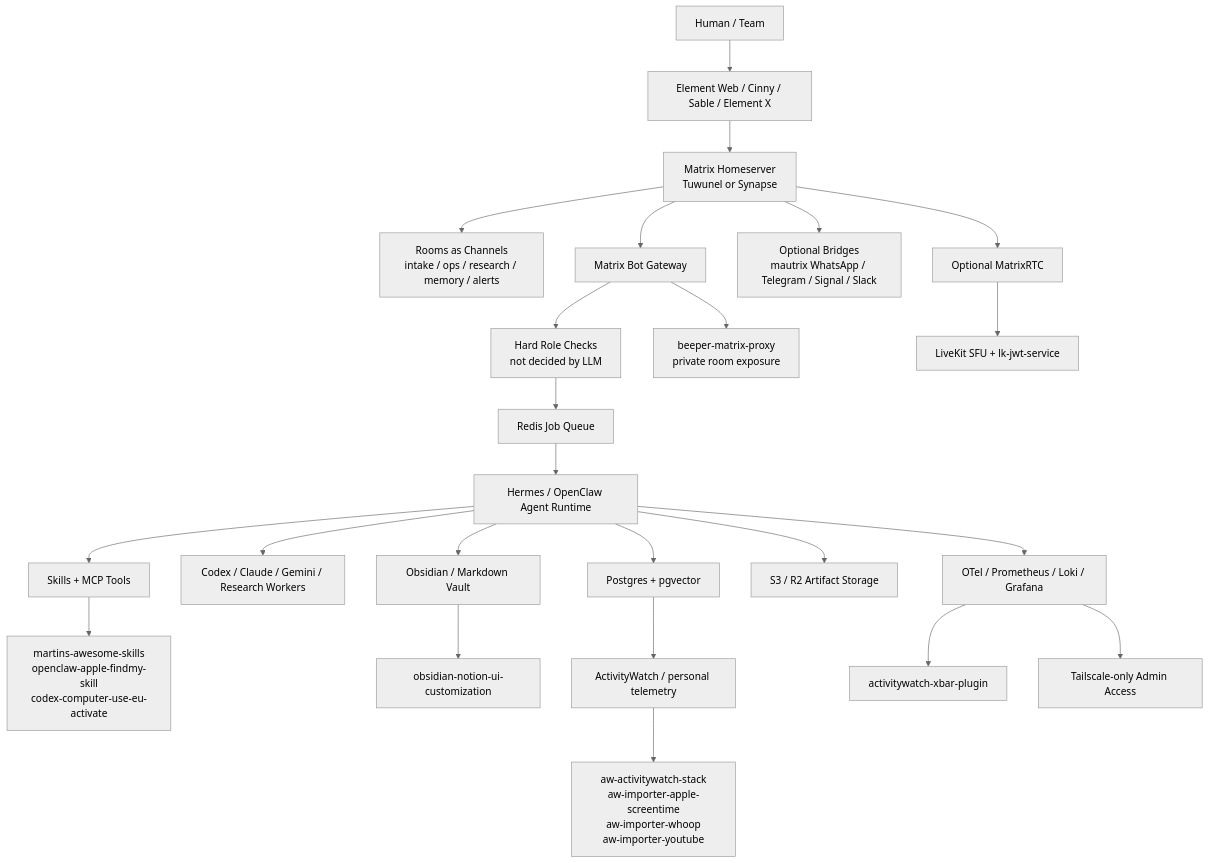
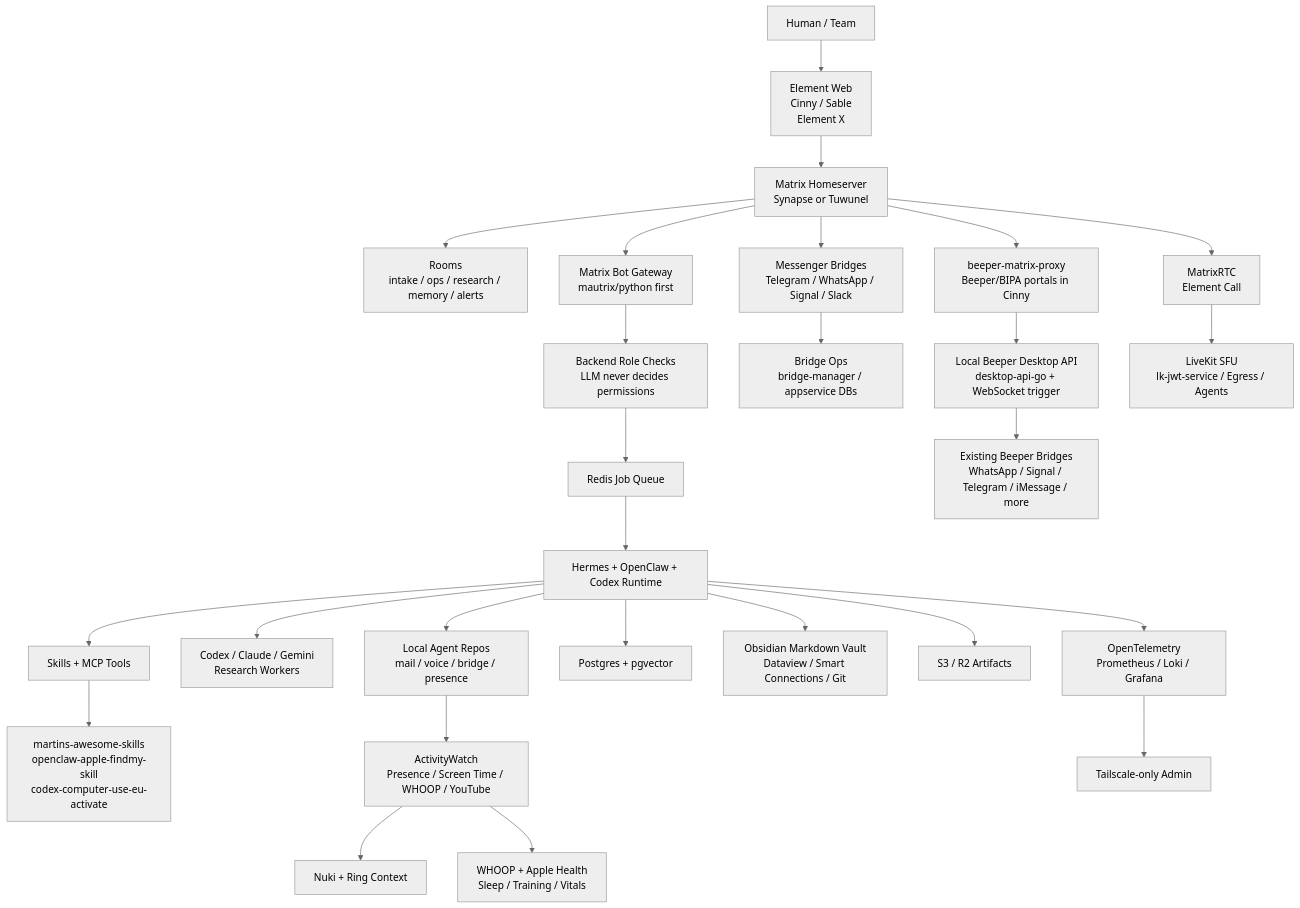
The first of 2 diagrams in README.md (Martin-Hausleitner/credo), drawn with Mermaid (neutral theme) before and after one commit. The commit also changed other lines of this file and 1 other file, not shown here.

Commit message:
Expand stack package and repo documentation

````diff
--- a/README.md
+++ b/README.md
@@ -116,31 +159,35 @@
 ```mermaid
 flowchart TB
-  User["Human / Team"] --> Client["Element Web / Cinny / Sable / Element X"]
-  Client --> Matrix["Matrix Homeserver<br/>Tuwunel or Synapse"]
+  User["Human / Team"] --> Clients["Element Web<br/>Cinny / Sable<br/>Element X"]
+  Clients --> Matrix["Matrix Homeserver<br/>Synapse or Tuwunel"]
 
-  Matrix --> Rooms["Rooms as Channels<br/>intake / ops / research / memory / alerts"]
-  Matrix --> Bot["Matrix Bot Gateway"]
+  Matrix --> Rooms["Rooms<br/>intake / ops / research / memory / alerts"]
+  Matrix --> Gateway["Matrix Bot Gateway<br/>mautrix/python first"]
+  Matrix --> Bridges["Messenger Bridges<br/>Telegram / WhatsApp / Signal / Slack"]
+  Matrix --> BeeperProxy["beeper-matrix-proxy<br/>Beeper/BIPA portals in Cinny"]
+  Matrix --> RTC["MatrixRTC<br/>Element Call"]
 
-  Bot --> Authz["Hard Role Checks<br/>not decided by LLM"]
+  Gateway --> Authz["Backend Role Checks<br/>LLM never decides permissions"]
   Authz --> Queue["Redis Job Queue"]
-  Queue --> Hermes["Hermes / OpenClaw Agent Runtime"]
-  Bot --> BeeperProxy["beeper-matrix-proxy<br/>private room exposure"]
+  Queue --> Runtime["Hermes + OpenClaw + Codex Runtime"]
 
-  Hermes --> Skills["Skills + MCP Tools"]
-  Skills --> SkillsRepo["martins-awesome-skills<br/>openclaw-apple-findmy-skill<br/>codex-computer-use-eu-activate"]
-  Hermes --> Workers["Codex / Claude / Gemini / Research Workers"]
-  Hermes --> Memory["Postgres + pgvector"]
-  Hermes --> Vault["Obsidian / Markdown Vault"]
-  Vault --> ObsidianRepo["obsidian-notion-ui-customization"]
-  Hermes --> Artifacts["S3 / R2 Artifact Storage"]
+  Runtime --> Skills["Skills + MCP Tools"]
+  Skills --> SkillRepos["martins-awesome-skills<br/>openclaw-apple-findmy-skill<br/>codex-computer-use-eu-activate"]
+  Runtime --> Workers["Codex / Claude / Gemini<br/>Research Workers"]
+  Runtime --> LocalRepos["Local Agent Repos<br/>mail / voice / bridge / presence"]
+  Runtime --> Memory["Postgres + pgvector"]
+  Runtime --> Vault["Obsidian Markdown Vault<br/>Dataview / Smart Connections / Git"]
+  Runtime --> Artifacts["S3 / R2 Artifacts"]
 
-  Matrix --> Bridges["Optional Bridges<br/>mautrix WhatsApp / Telegram / Signal / Slack"]
-  Matrix --> RTC["Optional MatrixRTC"]
-  RTC --> LiveKit["LiveKit SFU + lk-jwt-service"]
+  LocalRepos --> AW["ActivityWatch<br/>Presence / Screen Time / WHOOP / YouTube"]
+  AW --> Door["Nuki + Ring Context"]
+  AW --> Health["WHOOP + Apple Health<br/>Sleep / Training / Vitals"]
 
-  Memory --> ActivityWatch["ActivityWatch / personal telemetry"]
-  ActivityWatch --> Importers["aw-activitywatch-stack<br/>aw-importer-apple-screentime<br/>aw-importer-whoop<br/>aw-importer-youtube"]
-  Hermes --> Observability["OTel / Prometheus / Loki / Grafana"]
-  Observability --> Menubar["activitywatch-xbar-plugin"]
-  Observability --> Tailscale["Tailscale-only Admin Access"]
+  Bridges --> BridgeOps["Bridge Ops<br/>bridge-manager / appservice DBs"]
+  BeeperProxy --> BeeperAPI["Local Beeper Desktop API<br/>desktop-api-go + WebSocket trigger"]
+  BeeperAPI --> BeeperCloud["Existing Beeper Bridges<br/>WhatsApp / Signal / Telegram / iMessage / more"]
+  RTC --> LiveKit["LiveKit SFU<br/>lk-jwt-service / Egress / Agents"]
+
+  Runtime --> Observability["OpenTelemetry<br/>Prometheus / Loki / Grafana"]
+  Observability --> Tailscale["Tailscale-only Admin"]
 ```
````
